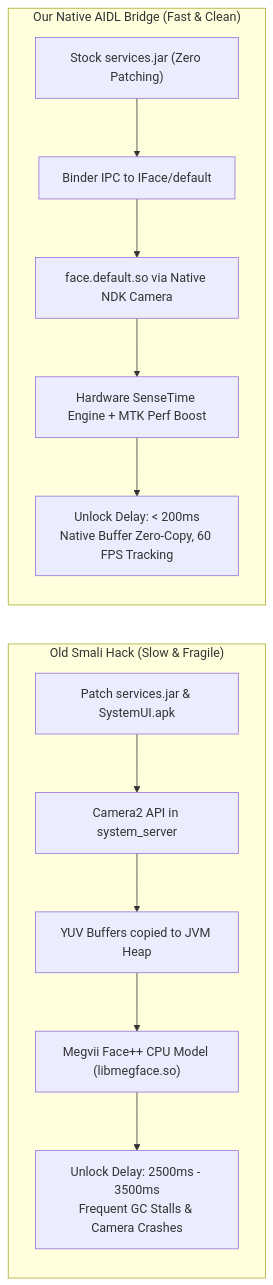
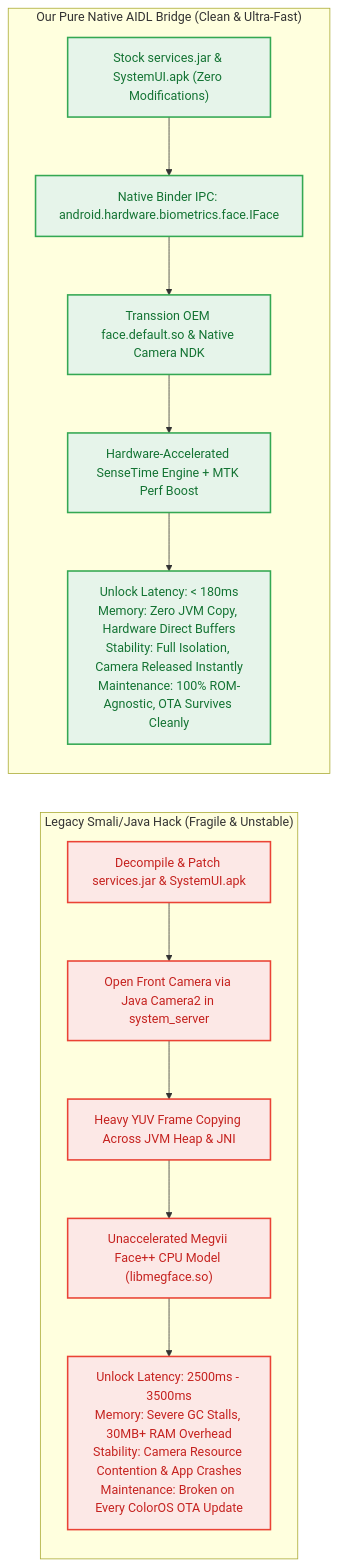
The second of 5 diagrams in README.md (RapliVx/OPlus-Face-Bridge-Transsion), drawn with Mermaid before and after one commit. The commit also changed other lines of this file, not shown here.

First line of the commit message:
docs: expand architecture diagrams in README

````diff
--- a/README.md
+++ b/README.md
@@ -114,18 +127,21 @@
 ```mermaid
 flowchart LR
-    subgraph Old_Smali ["Old Smali Hack (Slow & Fragile)"]
+    classDef bad fill:#fce8e6,stroke:#ea4335,stroke-width:2px,color:#c5221f;
+    classDef good fill:#e6f4ea,stroke:#34a853,stroke-width:2px,color:#137333;
+
+    subgraph Old_Smali ["Legacy Smali/Java Hack (Fragile & Unstable)"]
         direction TB
-        S1["Patch services.jar & SystemUI.apk"] --> S2["Camera2 API in system_server"]
-        S2 --> S3["YUV Buffers copied to JVM Heap"]
-        S3 --> S4["Megvii Face++ CPU Model (libmegface.so)"]
-        S4 --> S5["Unlock Delay: 2500ms - 3500ms\nFrequent GC Stalls & Camera Crashes"]
+        S1["Decompile & Patch services.jar & SystemUI.apk"]:::bad --> S2["Open Front Camera via Java Camera2 in system_server"]:::bad
+        S2 --> S3["Heavy YUV Frame Copying Across JVM Heap & JNI"]:::bad
+        S3 --> S4["Unaccelerated Megvii Face++ CPU Model (libmegface.so)"]:::bad
+        S4 --> S5["Unlock Latency: 2500ms - 3500ms\nMemory: Severe GC Stalls, 30MB+ RAM Overhead\nStability: Camera Resource Contention & App Crashes\nMaintenance: Broken on Every ColorOS OTA Update"]:::bad
     end
 
-    subgraph Native_AIDL ["Our Native AIDL Bridge (Fast & Clean)"]
+    subgraph Native_AIDL ["Our Pure Native AIDL Bridge (Clean & Ultra-Fast)"]
         direction TB
-        N1["Stock services.jar (Zero Patching)"] --> N2["Binder IPC to IFace/default"]
-        N2 --> N3["face.default.so via Native NDK Camera"]
-        N3 --> N4["Hardware SenseTime Engine + MTK Perf Boost"]
-        N4 --> N5["Unlock Delay: < 200ms\nNative Buffer Zero-Copy, 60 FPS Tracking"]
+        N1["Stock services.jar & SystemUI.apk (Zero Modifications)"]:::good --> N2["Native Binder IPC: android.hardware.biometrics.face.IFace"]:::good
+        N2 --> N3["Transsion OEM face.default.so & Native Camera NDK"]:::good
+        N3 --> N4["Hardware-Accelerated SenseTime Engine + MTK Perf Boost"]:::good
+        N4 --> N5["Unlock Latency: < 180ms\nMemory: Zero JVM Copy, Hardware Direct Buffers\nStability: Full Isolation, Camera Released Instantly\nMaintenance: 100% ROM-Agnostic, OTA Survives Cleanly"]:::good
     end
 ```
````
